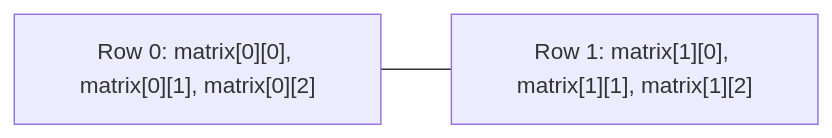
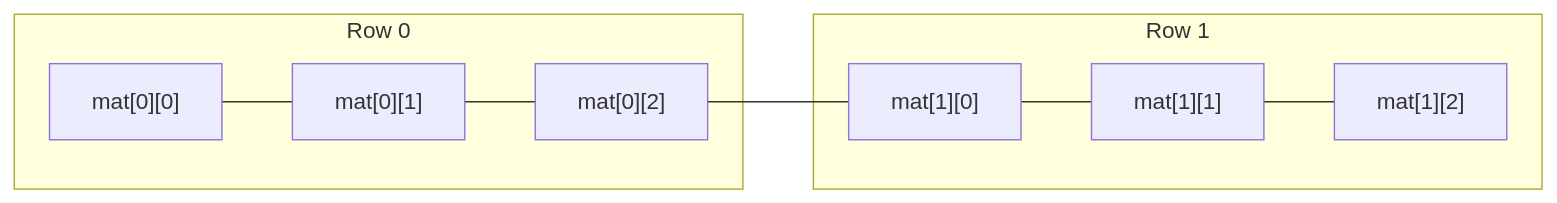
The diagram in 04_ArraysStrings/theory/L29_MultidimensionalArrays.md (MiniLux0/LearningCpp), drawn with Mermaid before and after one commit. The commit also changed other lines of this file and 97 other files, not shown here.

````diff
--- a/04_ArraysStrings/theory/L29_MultidimensionalArrays.md
+++ b/04_ArraysStrings/theory/L29_MultidimensionalArrays.md
@@ -30,4 +33,9 @@
 ```mermaid
 graph LR
-    SubGraph1["Row 0: matrix[0][0], matrix[0][1], matrix[0][2]"] --- SubGraph2["Row 1: matrix[1][0], matrix[1][1], matrix[1][2]"]
+    subgraph Row 0
+        F0C0["mat[0][0]"] --- F0C1["mat[0][1]"] --- F0C2["mat[0][2]"]
+    end
+    subgraph Row 1
+        F0C2 --- F1C0["mat[1][0]"] --- F1C1["mat[1][1]"] --- F1C2["mat[1][2]"]
+    end
 ```
````
